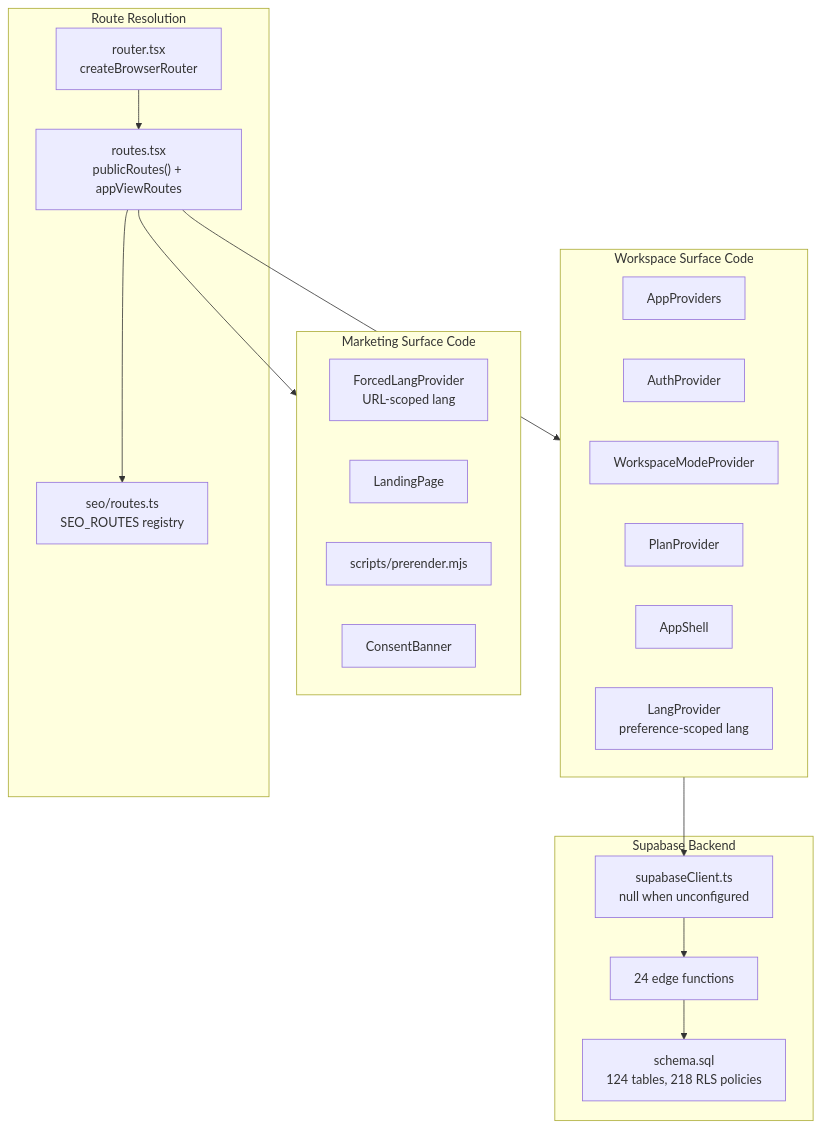
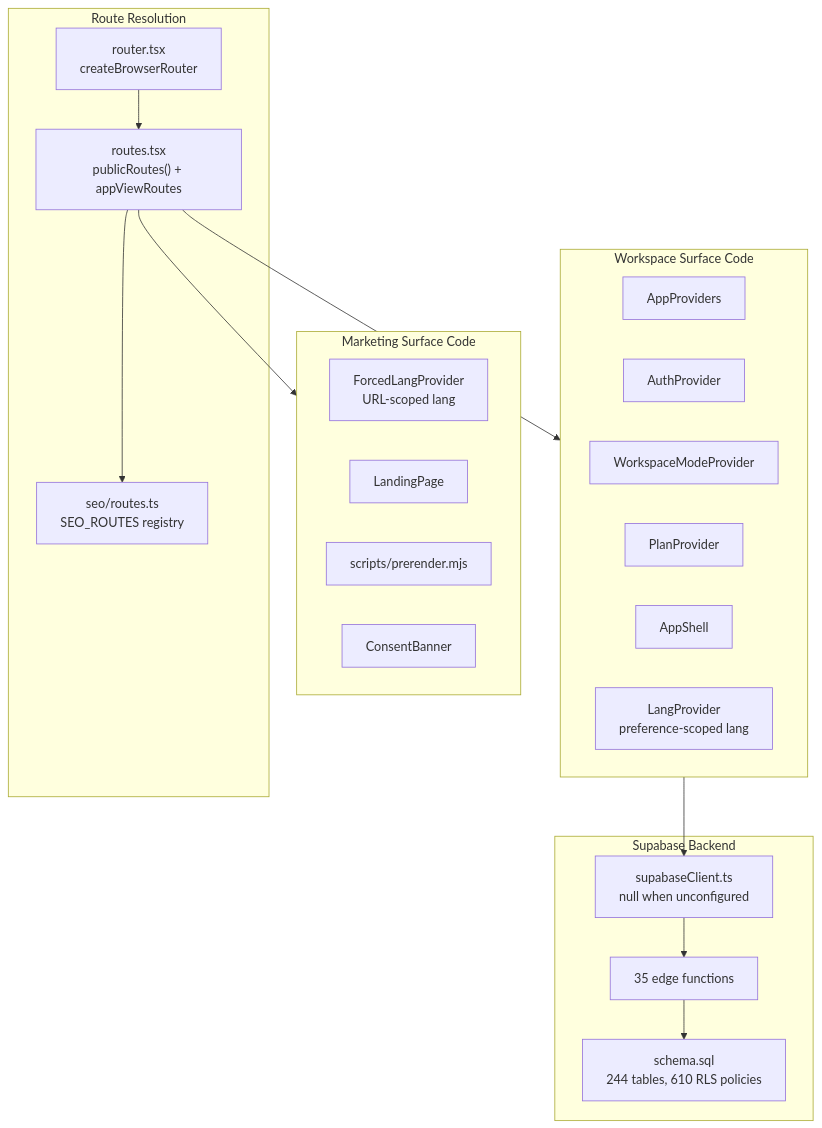
Before and after one commit to Dutiva-Canada/Dutiva_Web: the second of 3 diagrams in docs/wiki/Home.md, drawn with Mermaid. The commit also changed other lines of this file and 84 other files, not shown here.

````diff
--- a/docs/wiki/Home.md
+++ b/docs/wiki/Home.md
@@ -142,38 +142,38 @@
 ```mermaid
 graph TB
     subgraph Routing["Route Resolution"]
         ROUTER["router.tsx<br>createBrowserRouter"]
         ROUTES["routes.tsx<br>publicRoutes() + appViewRoutes"]
         SEO_REG["seo/routes.ts<br>SEO_ROUTES registry"]
     end
 
     subgraph Marketing["Marketing Surface Code"]
         FORCED_LANG["ForcedLangProvider<br>URL-scoped lang"]
         LANDING["LandingPage"]
         PRERENDER["scripts/prerender.mjs"]
         CONSENT["ConsentBanner"]
     end
 
     subgraph Workspace["Workspace Surface Code"]
         APP_PROVIDERS["AppProviders"]
         AUTH_PROV["AuthProvider"]
         WM_PROV["WorkspaceModeProvider"]
         PLAN_PROV["PlanProvider"]
         SHELL["AppShell"]
         LANG_PROV["LangProvider<br>preference-scoped lang"]
     end
 
     subgraph Backend["Supabase Backend"]
         SUPA_CLIENT["supabaseClient.ts<br>null when unconfigured"]
-        EDGE_FNS["24 edge functions"]
-        SCHEMA["schema.sql<br>124 tables, 218 RLS policies"]
+        EDGE_FNS["35 edge functions"]
+        SCHEMA["schema.sql<br>244 tables, 610 RLS policies"]
     end
 
     ROUTER --> ROUTES
     ROUTES --> SEO_REG
     ROUTES --> Marketing
     ROUTES --> Workspace
     Workspace --> SUPA_CLIENT
     SUPA_CLIENT --> EDGE_FNS
     EDGE_FNS --> SCHEMA
 ```
````
